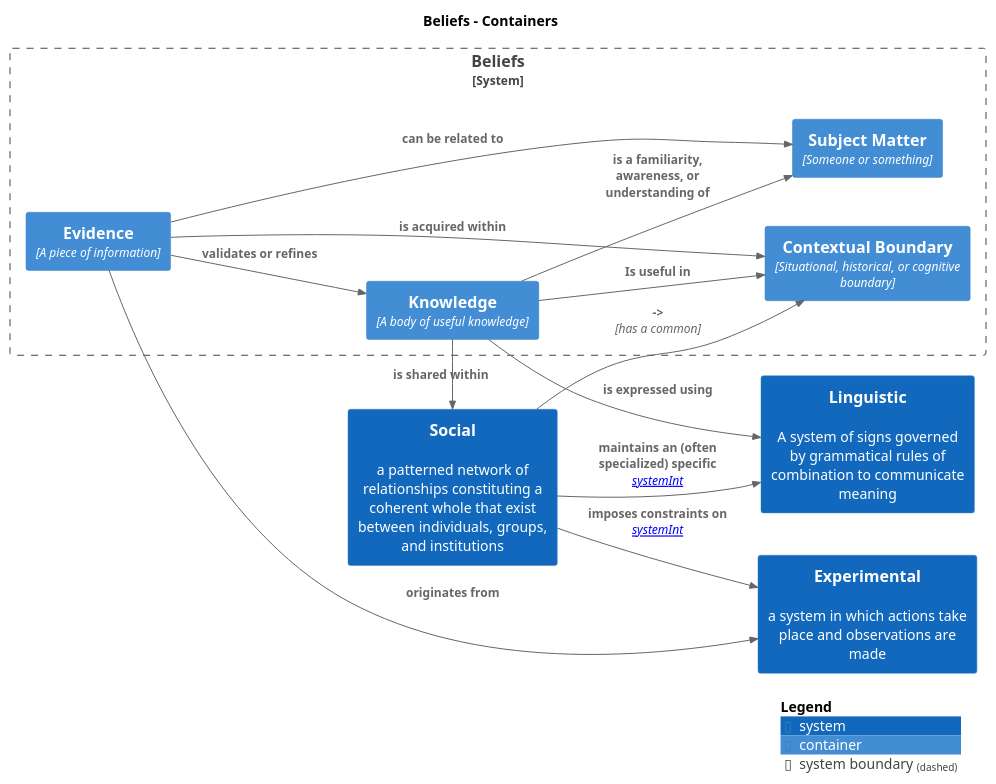
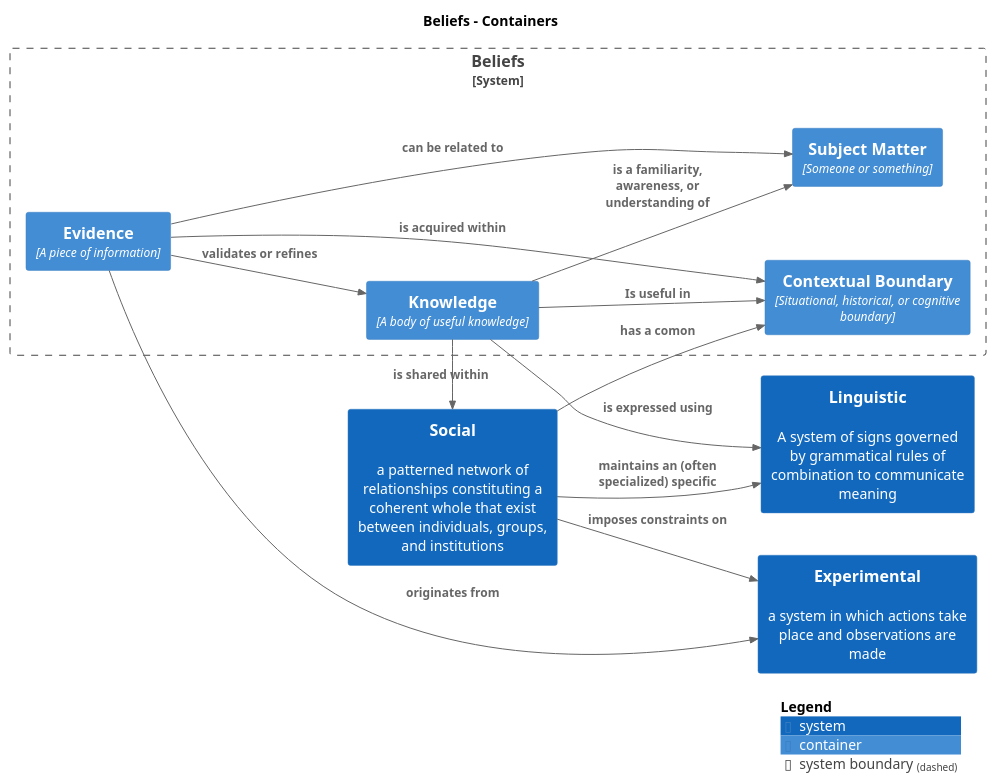
The diagram in src/0_Pattern_Language/_diagrams/structurizr-BeliefDomain.puml (sddevelopment-be/penguin-pragmatic-patterns), drawn with PlantUML before and after one commit. The commit also changed 61 other files, not shown here.

```diff
--- a/src/0_Pattern_Language/_diagrams/structurizr-BeliefDomain.puml
+++ b/src/0_Pattern_Language/_diagrams/structurizr-BeliefDomain.puml
@@ -1,34 +1,34 @@
 @startuml
 title Beliefs - Containers
 
 left to right direction
 
 !include https://raw.githubusercontent.com/plantuml-stdlib/C4-PlantUML/master/C4.puml
 !include https://raw.githubusercontent.com/plantuml-stdlib/C4-PlantUML/master/C4_Context.puml
 !include https://raw.githubusercontent.com/plantuml-stdlib/C4-PlantUML/master/C4_Container.puml
 
 System(Linguistic, "Linguistic", "A system of signs governed by grammatical rules of combination to communicate meaning", $tags="Element+Software System+communication")
 System(Social, "Social", "a patterned network of relationships constituting a coherent whole that exist between individuals, groups, and institutions", $tags="Element+Software System+people")
 System(Experimental, "Experimental", "a system in which actions take place and observations are made", $tags="Element+Software System+science")
 
 System_Boundary("Beliefs_boundary", "Beliefs") {
   Container(Beliefs.Knowledge, "Knowledge", "A body of useful knowledge", $tags="Element+Container")
   Container(Beliefs.SubjectMatter, "Subject Matter", "Someone or something", $tags="Element+Container")
   Container(Beliefs.ContextualBoundary, "Contextual Boundary", "Situational, historical, or cognitive boundary", $tags="Element+Container")
   Container(Beliefs.Evidence, "Evidence", "A piece of information", $tags="Element+Container")
 }
 
 Rel_D(Beliefs.Knowledge, Linguistic, "is expressed using", $tags="Relationship")
-Rel_D(Social, Beliefs.ContextualBoundary, "->", "has a common", $tags="Relationship")
+Rel_D(Social, Beliefs.ContextualBoundary, "has a comon", $tags="Relationship")
 Rel_D(Beliefs.Knowledge, Social, "is shared within", $tags="Relationship")
 Rel_D(Beliefs.Knowledge, Beliefs.ContextualBoundary, "Is useful in", $tags="Relationship")
 Rel_D(Beliefs.Knowledge, Beliefs.SubjectMatter, "is a familiarity, awareness, or understanding of", $tags="Relationship")
 Rel_D(Beliefs.Evidence, Beliefs.Knowledge, "validates or refines", $tags="Relationship")
 Rel_D(Beliefs.Evidence, Beliefs.SubjectMatter, "can be related to", $tags="Relationship")
 Rel_D(Beliefs.Evidence, Beliefs.ContextualBoundary, "is acquired within", $tags="Relationship")
-Rel_D(Social, Linguistic, "maintains an (often specialized) specific", "[systemInt]", $tags="Relationship")
-Rel_D(Social, Experimental, "imposes constraints on", "[systemInt]", $tags="Relationship")
+Rel_D(Social, Linguistic, "maintains an (often specialized) specific", $tags="Relationship")
+Rel_D(Social, Experimental, "imposes constraints on", $tags="Relationship")
 Rel_D(Beliefs.Evidence, Experimental, "originates from", $tags="Relationship")
 
 SHOW_LEGEND()
 @enduml
```
